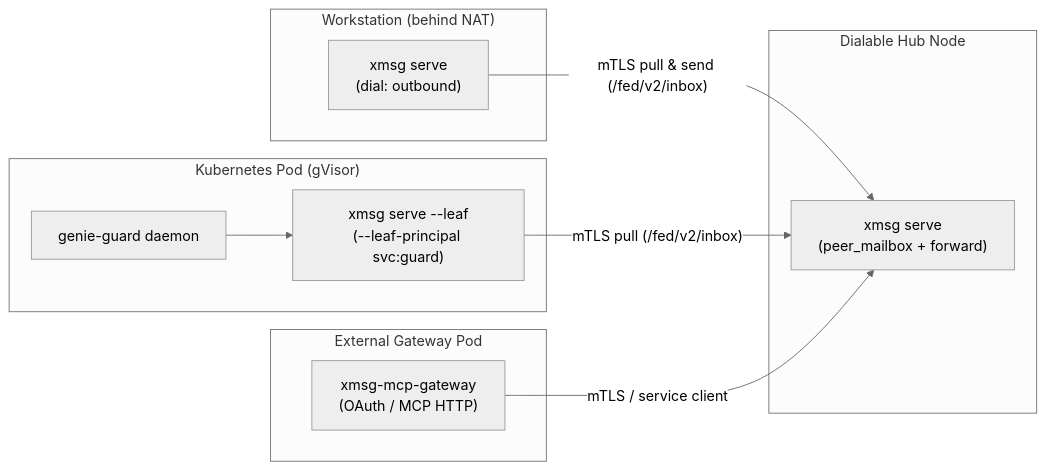
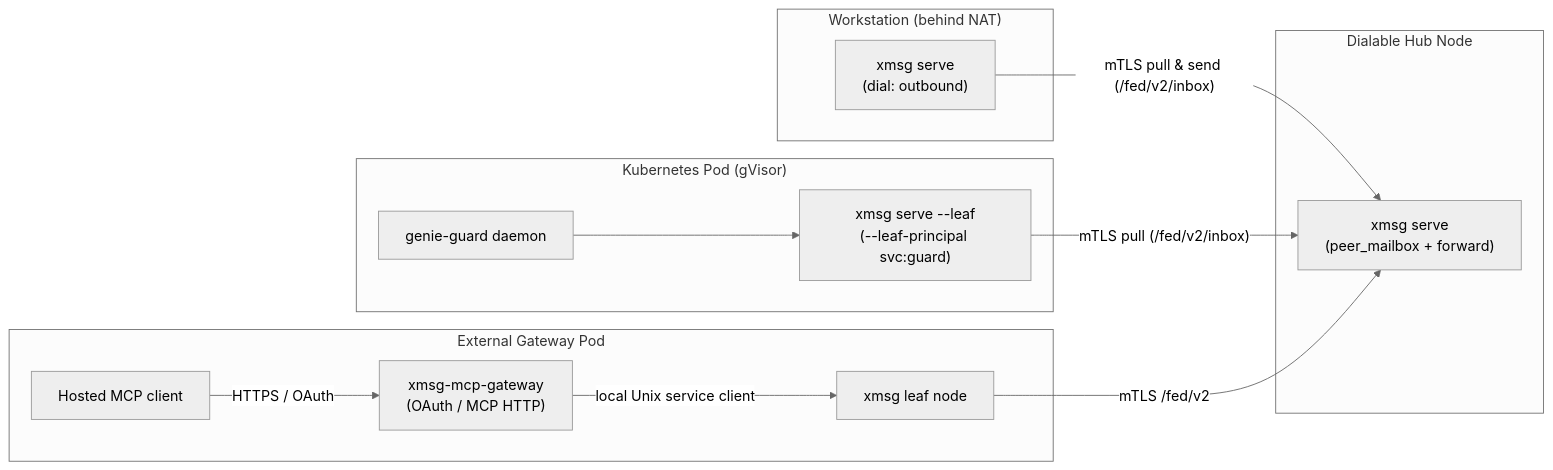
Before and after one commit to sini/xmsg: the first of 2 diagrams in docs/src/content/docs/concepts/hubs-and-leaves.mdx, drawn with Mermaid (neutral theme). The commit also changed other lines of this file and 16 other files, not shown here.

````diff
--- a/docs/src/content/docs/concepts/hubs-and-leaves.mdx
+++ b/docs/src/content/docs/concepts/hubs-and-leaves.mdx
@@ -13,24 +13,28 @@
 ```mermaid
 flowchart LR
   subgraph HostA["Workstation (behind NAT)"]
     FullA["xmsg serve<br/>(dial: outbound)"]
   end
 
   subgraph HubHost["Dialable Hub Node"]
     Hub["xmsg serve<br/>(peer_mailbox + forward)"]
   end
 
   subgraph Pod["Kubernetes Pod (gVisor)"]
     Leaf["xmsg serve --leaf<br/>(--leaf-principal svc:guard)"]
     Guard["genie-guard daemon"]
     Guard --> Leaf
   end
 
   subgraph Edge["External Gateway Pod"]
+    Client["Hosted MCP client"]
     Gw["xmsg-mcp-gateway<br/>(OAuth / MCP HTTP)"]
+    EdgeNode["xmsg leaf node"]
+    Client -->|"HTTPS / OAuth"| Gw
+    Gw -->|"local Unix service client"| EdgeNode
   end
 
   FullA -- "mTLS pull & send (/fed/v2/inbox)" --> Hub
   Leaf -- "mTLS pull (/fed/v2/inbox)" --> Hub
-  Gw -- "mTLS / service client" --> Hub
+  EdgeNode -- "mTLS /fed/v2" --> Hub
 ```
````
